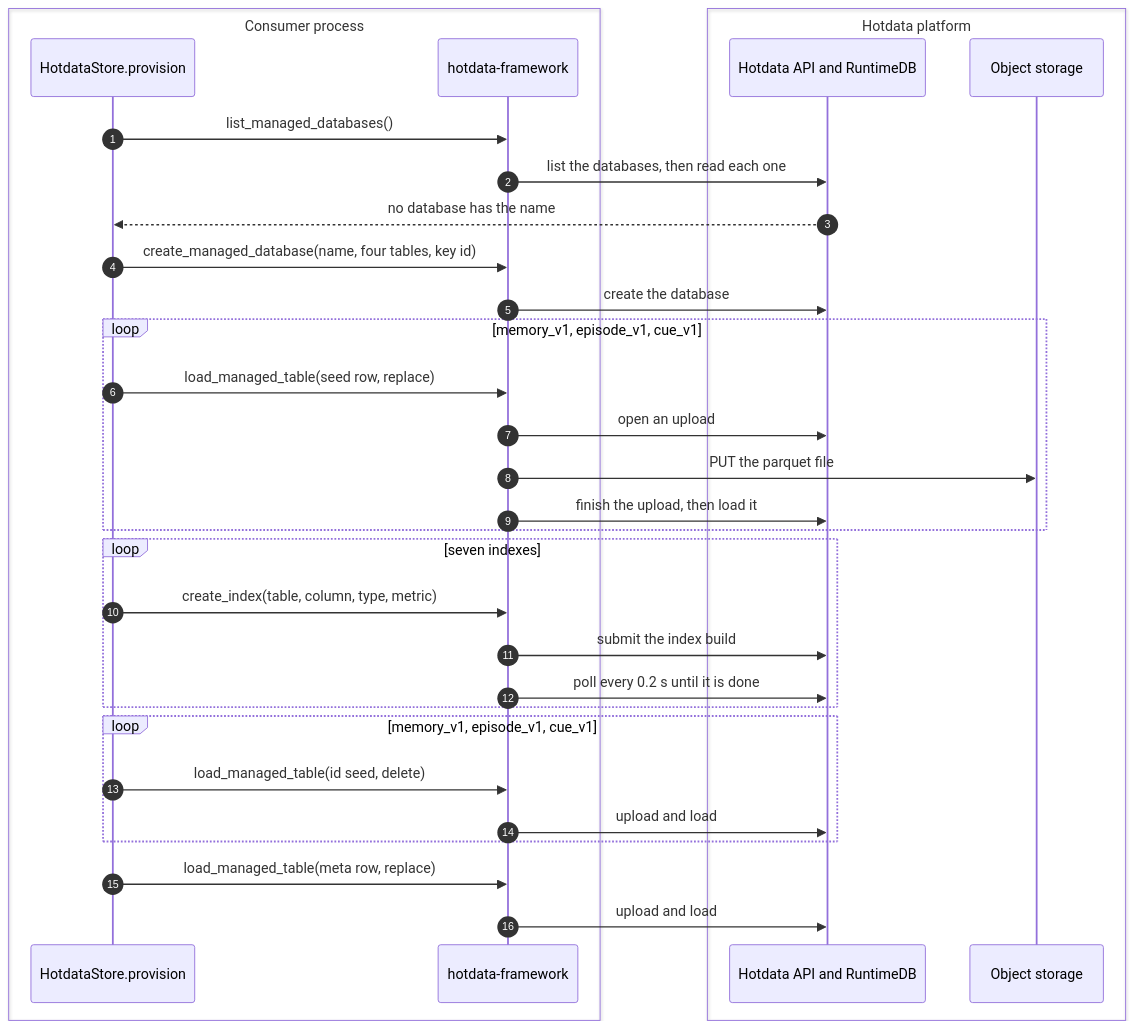
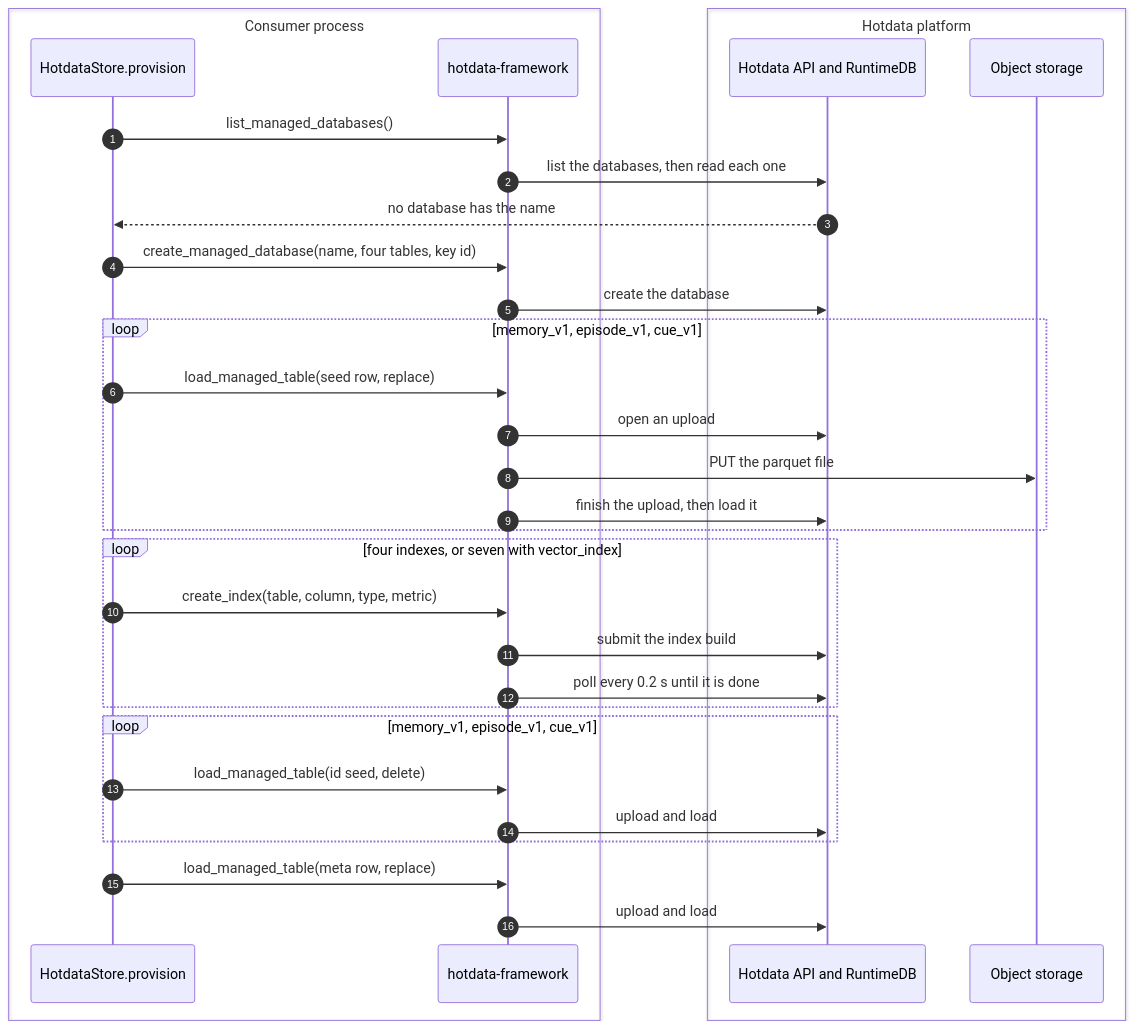
One commit to hotdata-dev/hotmemory changed the fourth of 12 diagrams in docs/internal/architecture.md. Above: the diagram before and after it, drawn with Mermaid. The commit also changed other lines of this file and 7 other files, not shown here.

Commit message:
Phase 11: INSERT for small writes, and the vector indexes as an experimental option

````diff
--- a/docs/internal/architecture.md
+++ b/docs/internal/architecture.md
@@ -180,34 +180,34 @@
 ```mermaid
 sequenceDiagram
     autonumber
     box Consumer process
         participant P as HotdataStore.provision
         participant F as hotdata-framework
     end
     box Hotdata platform
         participant API as Hotdata API and RuntimeDB
         participant S as Object storage
     end
     P->>F: list_managed_databases()
     F->>API: list the databases, then read each one
     API-->>P: no database has the name
     P->>F: create_managed_database(name, four tables, key id)
     F->>API: create the database
     loop memory_v1, episode_v1, cue_v1
         P->>F: load_managed_table(seed row, replace)
         F->>API: open an upload
         F->>S: PUT the parquet file
         F->>API: finish the upload, then load it
     end
-    loop seven indexes
+    loop four indexes, or seven with vector_index
         P->>F: create_index(table, column, type, metric)
         F->>API: submit the index build
         F->>API: poll every 0.2 s until it is done
     end
     loop memory_v1, episode_v1, cue_v1
         P->>F: load_managed_table(id seed, delete)
         F->>API: upload and load
     end
     P->>F: load_managed_table(meta row, replace)
     F->>API: upload and load
 ```
````
